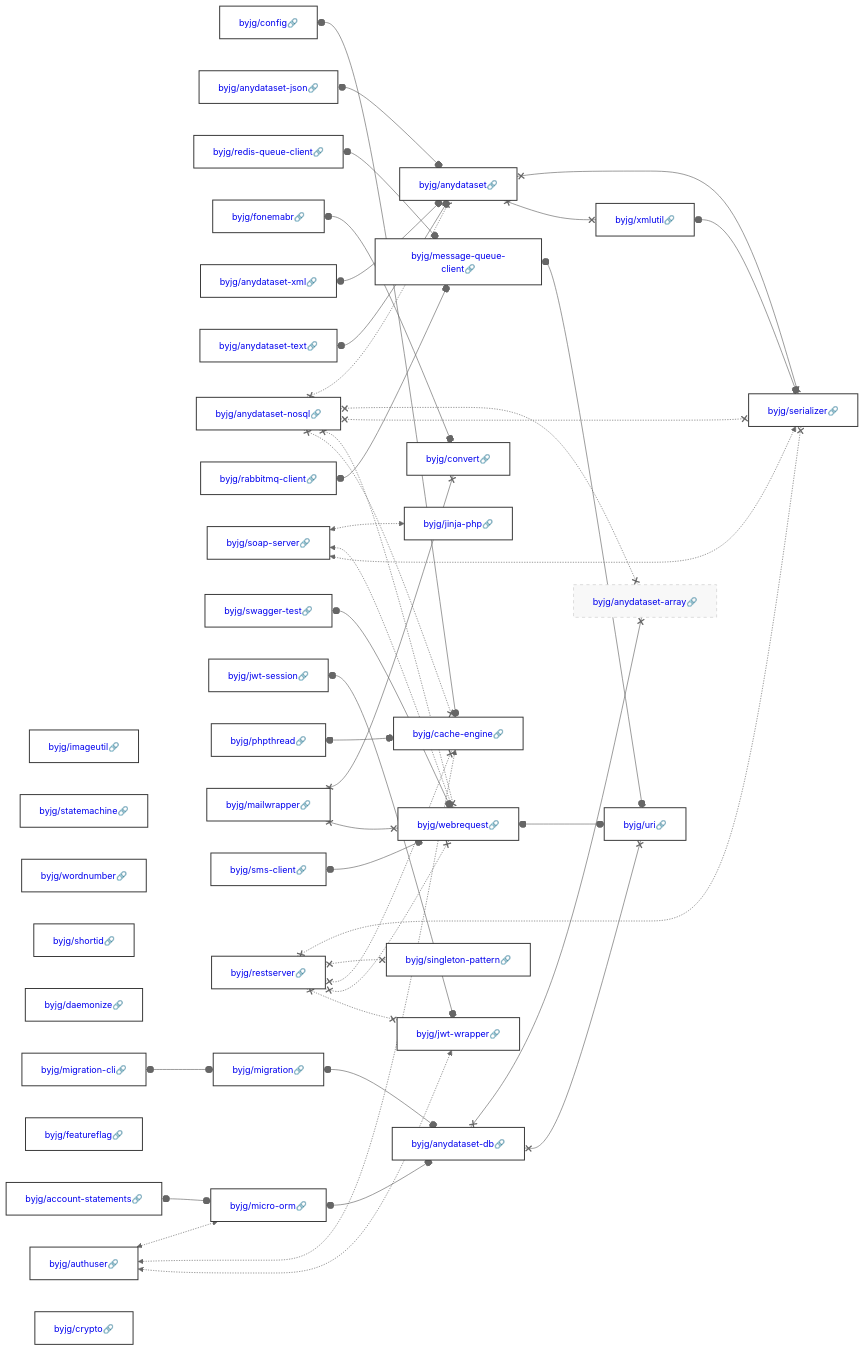
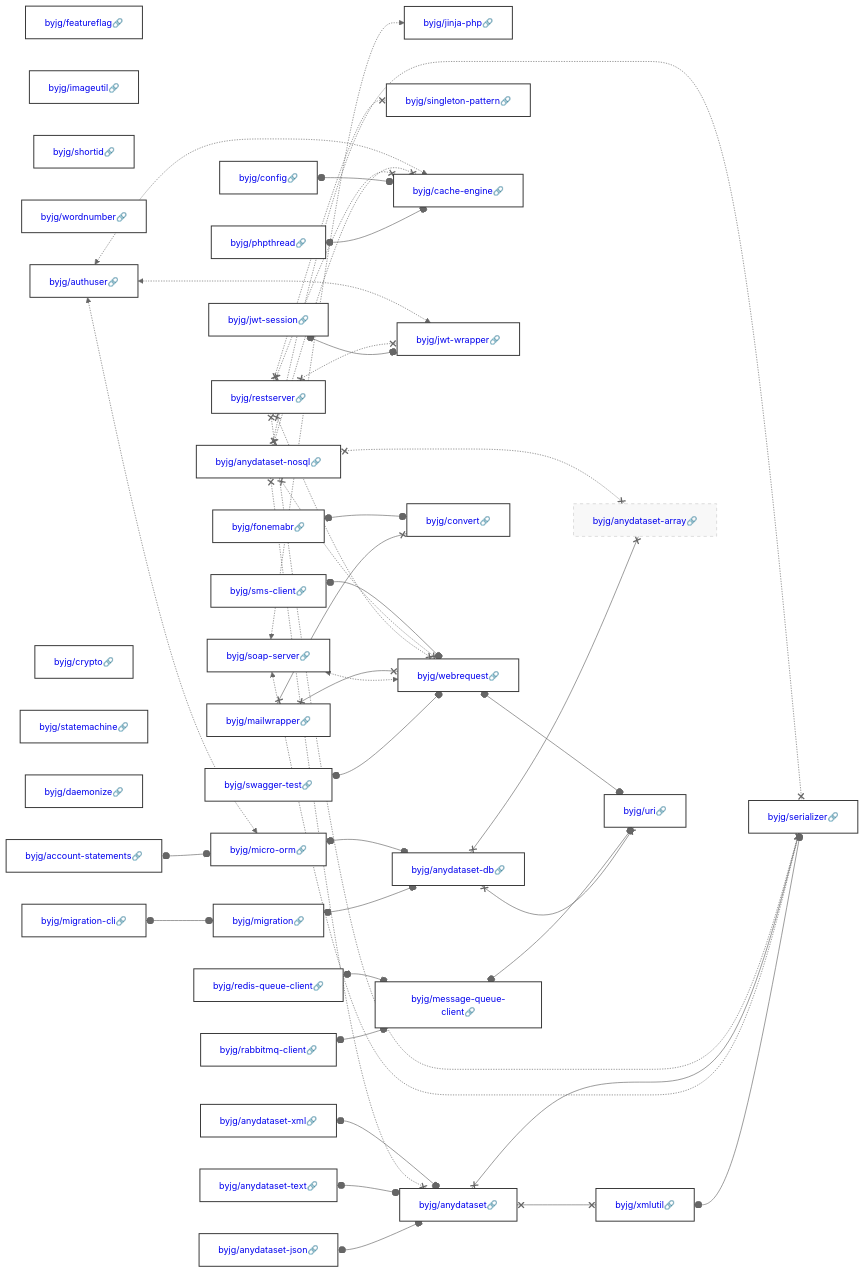
The diagram in docs/php/README.md (byjg/byjg.github.io), drawn with Mermaid (neutral theme) before and after one commit. The commit also changed other lines of this file and 1 other file, not shown here.

Commit message:
Update documentation 'php' 'php-jinja'

````diff
--- a/docs/php/README.md
+++ b/docs/php/README.md
@@ -3,40 +3,40 @@
 ```mermaid
 graph LR;
+  byjg/featureflag[<a href='https://opensource.byjg.com/docs/php/featureflag' style='text-decoration:none'>byjg/featureflag🔗</a>];
   byjg/imageutil[<a href='https://opensource.byjg.com/docs/php/imageutil' style='text-decoration:none'>byjg/imageutil🔗</a>];
+  byjg/shortid[<a href='https://opensource.byjg.com/docs/php/shortid' style='text-decoration:none'>byjg/shortid🔗</a>];
   byjg/config[<a href='https://opensource.byjg.com/docs/php/config' style='text-decoration:none'>byjg/config🔗</a>];
+  byjg/anydataset-nosql[<a href='https://opensource.byjg.com/docs/php/anydataset-nosql' style='text-decoration:none'>byjg/anydataset-nosql🔗</a>];
+  byjg/wordnumber[<a href='https://opensource.byjg.com/docs/php/wordnumber' style='text-decoration:none'>byjg/wordnumber🔗</a>];
+  byjg/rabbitmq-client[<a href='https://opensource.byjg.com/docs/php/rabbitmq-client' style='text-decoration:none'>byjg/rabbitmq-client🔗</a>];
+  byjg/anydataset-text[<a href='https://opensource.byjg.com/docs/php/anydataset-text' style='text-decoration:none'>byjg/anydataset-text🔗</a>];
+  byjg/mailwrapper[<a href='https://opensource.byjg.com/docs/php/mailwrapper' style='text-decoration:none'>byjg/mailwrapper🔗</a>];
+  byjg/soap-server[<a href='https://opensource.byjg.com/docs/php/soap-server' style='text-decoration:none'>byjg/soap-server🔗</a>];
+  byjg/authuser[<a href='https://opensource.byjg.com/docs/php/authuser' style='text-decoration:none'>byjg/authuser🔗</a>];
+  byjg/redis-queue-client[<a href='https://opensource.byjg.com/docs/php/redis-queue-client' style='text-decoration:none'>byjg/redis-queue-client🔗</a>];
   byjg/anydataset-json[<a href='https://opensource.byjg.com/docs/php/anydataset-json' style='text-decoration:none'>byjg/anydataset-json🔗</a>];
+  byjg/phpthread[<a href='https://opensource.byjg.com/docs/php/phpthread' style='text-decoration:none'>byjg/phpthread🔗</a>];
+  byjg/crypto[<a href='https://opensource.byjg.com/docs/php/crypto' style='text-decoration:none'>byjg/crypto🔗</a>];
   byjg/statemachine[<a href='https://opensource.byjg.com/docs/php/statemachine' style='text-decoration:none'>byjg/statemachine🔗</a>];
-  byjg/redis-queue-client[<a href='https://opensource.byjg.com/docs/php/redis-queue-client' style='text-decoration:none'>byjg/redis-queue-client🔗</a>];
-  byjg/wordnumber[<a href='https://opensource.byjg.com/docs/php/wordnumber' style='text-decoration:none'>byjg/wordnumber🔗</a>];
-  byjg/shortid[<a href='https://opensource.byjg.com/docs/php/shortid' style='text-decoration:none'>byjg/shortid🔗</a>];
+  byjg/jwt-session[<a href='https://opensource.byjg.com/docs/php/jwt-session' style='text-decoration:none'>byjg/jwt-session🔗</a>];
   byjg/daemonize[<a href='https://opensource.byjg.com/docs/php/daemonize' style='text-decoration:none'>byjg/daemonize🔗</a>];
+  byjg/restserver[<a href='https://opensource.byjg.com/docs/php/restserver' style='text-decoration:none'>byjg/restserver🔗</a>];
+  byjg/migration-cli[<a href='https://opensource.byjg.com/docs/php/migration-cli' style='text-decoration:none'>byjg/migration-cli🔗</a>];
+  byjg/anydataset-xml[<a href='https://opensource.byjg.com/docs/php/anydataset-xml' style='text-decoration:none'>byjg/anydataset-xml🔗</a>];
+  byjg/account-statements[<a href='https://opensource.byjg.com/docs/php/account-statements' style='text-decoration:none'>byjg/account-statements🔗</a>];
+  byjg/sms-client[<a href='https://opensource.byjg.com/docs/php/sms-client' style='text-decoration:none'>byjg/sms-client🔗</a>];
   byjg/fonemabr[<a href='https://opensource.byjg.com/docs/php/fonemabr' style='text-decoration:none'>byjg/fonemabr🔗</a>];
-  byjg/anydataset-xml[<a href='https://opensource.byjg.com/docs/php/anydataset-xml' style='text-decoration:none'>byjg/anydataset-xml🔗</a>];
-  byjg/anydataset-text[<a href='https://opensource.byjg.com/docs/php/anydataset-text' style='text-decoration:none'>byjg/anydataset-text🔗</a>];
-  byjg/account-statements[<a href='https://opensource.byjg.com/docs/php/account-statements' style='text-decoration:none'>byjg/account-statements🔗</a>];
-  byjg/featureflag[<a href='https://opensource.byjg.com/docs/php/featureflag' style='text-decoration:none'>byjg/featureflag🔗</a>];
-  byjg/anydataset-nosql[<a href='https://opensource.byjg.com/docs/php/anydataset-nosql' style='text-decoration:none'>byjg/anydataset-nosql🔗</a>];
-  byjg/migration-cli[<a href='https://opensource.byjg.com/docs/php/migration-cli' style='text-decoration:none'>byjg/migration-cli🔗</a>];
-  byjg/rabbitmq-client[<a href='https://opensource.byjg.com/docs/php/rabbitmq-client' style='text-decoration:none'>byjg/rabbitmq-client🔗</a>];
-  byjg/soap-server[<a href='https://opensource.byjg.com/docs/php/soap-server' style='text-decoration:none'>byjg/soap-server🔗</a>];
   byjg/swagger-test[<a href='https://opensource.byjg.com/docs/php/swagger-test' style='text-decoration:none'>byjg/swagger-test🔗</a>];
-  byjg/jwt-session[<a href='https://opensource.byjg.com/docs/php/jwt-session' style='text-decoration:none'>byjg/jwt-session🔗</a>];
-  byjg/authuser[<a href='https://opensource.byjg.com/docs/php/authuser' style='text-decoration:none'>byjg/authuser🔗</a>];
-  byjg/phpthread[<a href='https://opensource.byjg.com/docs/php/phpthread' style='text-decoration:none'>byjg/phpthread🔗</a>];
-  byjg/mailwrapper[<a href='https://opensource.byjg.com/docs/php/mailwrapper' style='text-decoration:none'>byjg/mailwrapper🔗</a>];
-  byjg/crypto[<a href='https://opensource.byjg.com/docs/php/crypto' style='text-decoration:none'>byjg/crypto🔗</a>];
-  byjg/sms-client[<a href='https://opensource.byjg.com/docs/php/sms-client' style='text-decoration:none'>byjg/sms-client🔗</a>];
-  byjg/restserver[<a href='https://opensource.byjg.com/docs/php/restserver' style='text-decoration:none'>byjg/restserver🔗</a>];
+  byjg/jinja-php[<a href='https://opensource.byjg.com/docs/php/jinja-php' style='text-decoration:none'>byjg/jinja-php🔗</a>];
+  byjg/message-queue-client[<a href='https://opensource.byjg.com/docs/php/message-queue-client' style='text-decoration:none'>byjg/message-queue-client🔗</a>];
+  byjg/singleton-pattern[<a href='https://opensource.byjg.com/docs/php/singleton-pattern' style='text-decoration:none'>byjg/singleton-pattern🔗</a>];
+  byjg/cache-engine[<a href='https://opensource.byjg.com/docs/php/cache-engine' style='text-decoration:none'>byjg/cache-engine🔗</a>];
+  byjg/jwt-wrapper[<a href='https://opensource.byjg.com/docs/php/jwt-wrapper' style='text-decoration:none'>byjg/jwt-wrapper🔗</a>];
+  byjg/migration[<a href='https://opensource.byjg.com/docs/php/migration' style='text-decoration:none'>byjg/migration🔗</a>];
   byjg/anydataset[<a href='https://opensource.byjg.com/docs/php/anydataset' style='text-decoration:none'>byjg/anydataset🔗</a>];
-  byjg/migration[<a href='https://opensource.byjg.com/docs/php/migration' style='text-decoration:none'>byjg/migration🔗</a>];
-  byjg/message-queue-client[<a href='https://opensource.byjg.com/docs/php/message-queue-client' style='text-decoration:none'>byjg/message-queue-client🔗</a>];
-  byjg/jinja-php[<a href='https://opensource.byjg.com/docs/php/jinja-php' style='text-decoration:none'>byjg/jinja-php🔗</a>];
   byjg/micro-orm[<a href='https://opensource.byjg.com/docs/php/micro-orm' style='text-decoration:none'>byjg/micro-orm🔗</a>];
   byjg/convert[<a href='https://opensource.byjg.com/docs/php/convert' style='text-decoration:none'>byjg/convert🔗</a>];
-  byjg/singleton-pattern[<a href='https://opensource.byjg.com/docs/php/singleton-pattern' style='text-decoration:none'>byjg/singleton-pattern🔗</a>];
-  byjg/cache-engine[<a href='https://opensource.byjg.com/docs/php/cache-engine' style='text-decoration:none'>byjg/cache-engine🔗</a>];
   byjg/webrequest[<a href='https://opensource.byjg.com/docs/php/webrequest' style='text-decoration:none'>byjg/webrequest🔗</a>];
-  byjg/jwt-wrapper[<a href='https://opensource.byjg.com/docs/php/jwt-wrapper' style='text-decoration:none'>byjg/jwt-wrapper🔗</a>];
   byjg/xmlutil[<a href='https://opensource.byjg.com/docs/php/xmlutil' style='text-decoration:none'>byjg/xmlutil🔗</a>];
   byjg/anydataset-db[<a href='https://opensource.byjg.com/docs/php/anydataset-db' style='text-decoration:none'>byjg/anydataset-db🔗</a>];
   byjg/serializer[<a href='https://opensource.byjg.com/docs/php/serializer' style='text-decoration:none'>byjg/serializer🔗</a>];
````
